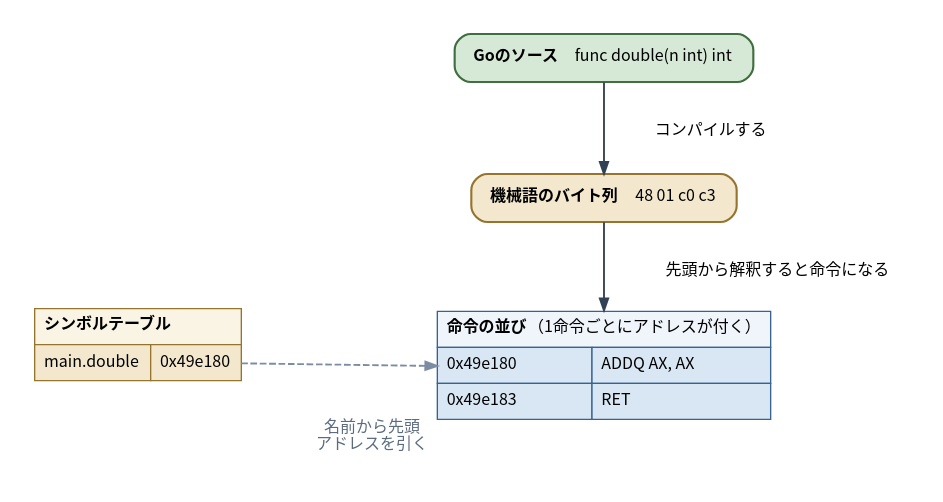
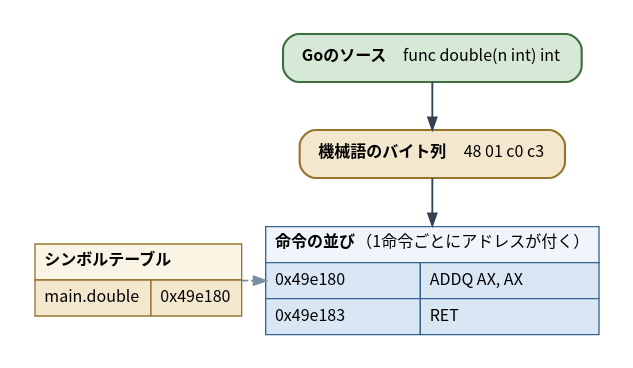
The diagram in diagrams/go-ebpf-primer/20260820-source-to-machine.dot (ymotongpoo/zenn.dev), drawn with Graphviz before and after one commit. The commit also changed 85 other files, not shown here.

First line of the commit message:
change(go-ebpf-primer): 矢印が無駄に長くなる図をlayout=dotに書き直した

```diff
--- a/diagrams/go-ebpf-primer/20260820-source-to-machine.dot
+++ b/diagrams/go-ebpf-primer/20260820-source-to-machine.dot
@@ -1,46 +1,44 @@
 // ソースから機械語へ、そしてシンボル
 digraph source_to_machine {
   graph [
-    layout=neato, inputscale=72, splines=line,
+    rankdir=TB, splines=ortho,
     fontname="Harano Aji Gothic,Noto Sans CJK JP,IPAGothic", fontsize=13,
     bgcolor="white", pad=0.25
   ];
   node [
     fontname="Harano Aji Gothic,Noto Sans CJK JP,IPAGothic", fontsize=12,
     shape=box, style="rounded,filled",
     fillcolor="#F1F5F9", color="#475569", penwidth=1.6,
     margin="0.2,0.14"
   ];
   edge [
     fontname="Harano Aji Gothic,Noto Sans CJK JP,IPAGothic", fontsize=11,
     color="#334155", penwidth=1.4, arrowsize=0.9,
     fontcolor="#1E293B"
   ];
 
-  src [pos="480,560!", label=<<b>Goのソース</b>　func double(n int) int>, fillcolor="#D6E8D6", color="#3F6E3F"];
-  L0 [pos="560,505!", shape=plaintext, style="", label="コンパイルする"];
-  bytes [pos="480,455!", label=<<b>機械語のバイト列</b>　48 01 c0 c3>, fillcolor="#F3E8CE", color="#96742E"];
-  L1 [pos="610,400!", shape=plaintext, style="", label="先頭から解釈すると命令になる"];
+  src [label=<<b>Goのソース</b>　func double(n int) int>, fillcolor="#D6E8D6", color="#3F6E3F"];
+  bytes [label=<<b>機械語のバイト列</b>　48 01 c0 c3>, fillcolor="#F3E8CE", color="#96742E"];
 
-  insns [pos="480,330!", shape=plain, style="", label=<
+  insns [shape=plain, style="", label=<
     <table border="0" cellborder="1" cellspacing="0" cellpadding="6" color="#38638F">
       <tr><td colspan="2" align="left" bgcolor="#EFF5FB"><b>命令の並び</b>（1命令ごとにアドレスが付く）</td></tr>
       <tr><td port="head" align="left" bgcolor="#D9E7F4">0x49e180</td>
           <td align="left" bgcolor="#D9E7F4">ADDQ AX, AX</td></tr>
       <tr><td align="left" bgcolor="#D9E7F4">0x49e183</td>
           <td align="left" bgcolor="#D9E7F4">RET</td></tr>
     </table>>];
 
-  symtab [pos="130,345!", shape=plain, style="", label=<
+  symtab [shape=plain, style="", label=<
     <table border="0" cellborder="1" cellspacing="0" cellpadding="6" color="#96742E">
       <tr><td colspan="2" align="left" bgcolor="#FAF4E4"><b>シンボルテーブル</b></td></tr>
       <tr><td align="left" bgcolor="#F3E8CE">main.double</td>
           <td port="addr" align="left" bgcolor="#F3E8CE">0x49e180</td></tr>
     </table>>];
 
-  L2 [pos="306,276!", shape=plaintext, style="", label="名前から先頭\nアドレスを引く", fontcolor="#5B6B80"];
-
   src -> bytes;
   bytes -> insns;
   symtab:addr:e -> insns:head:w [style=dashed, color="#7C8DA3"];
+
+  { rank=same; symtab; insns; }
 }
```
